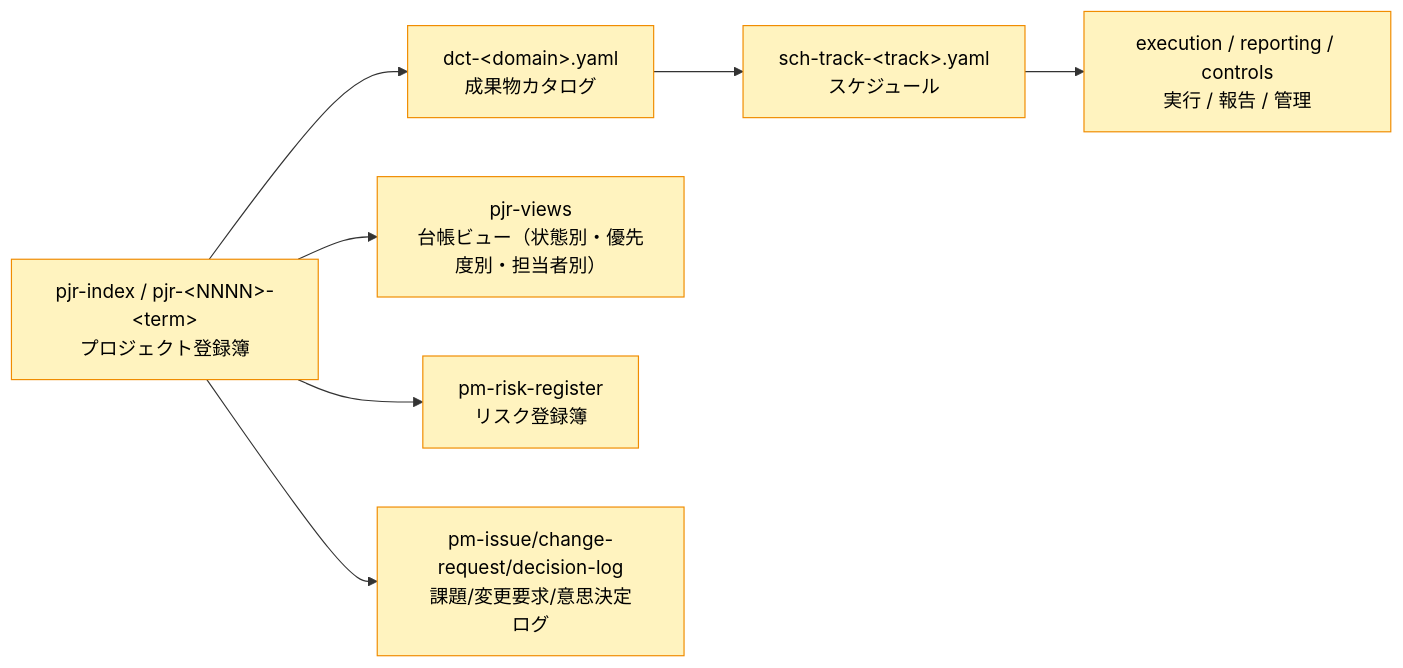
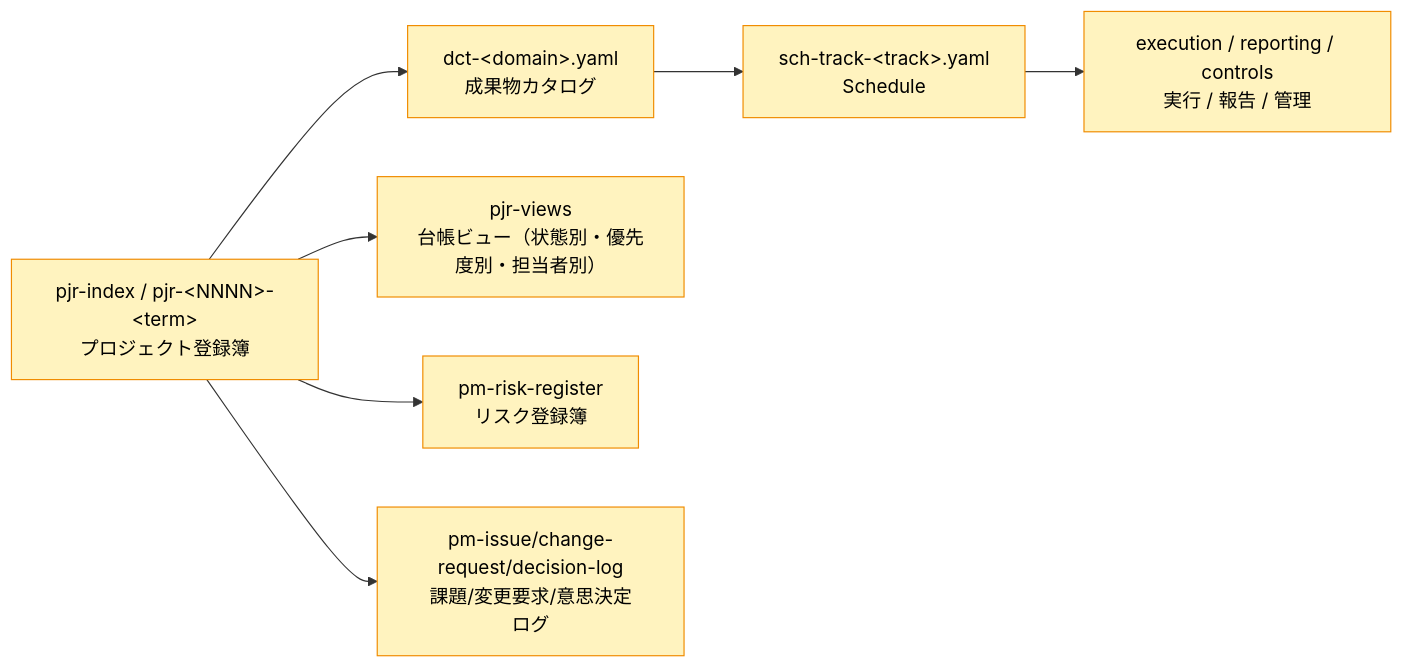
One commit to specdojo/specdojo changed the second of 2 diagrams in docs/ja/specdojo/guides/docs-authoring-order-guide.md. Above: the diagram before and after it, drawn with Mermaid. The commit also changed 12 other files, not shown here.

````diff
--- a/docs/ja/specdojo/guides/docs-authoring-order-guide.md
+++ b/docs/ja/specdojo/guides/docs-authoring-order-guide.md
@@ -160,19 +160,19 @@
 ```mermaid
 flowchart LR
 
   PJR["pjr-index / pjr-&lt;NNNN&gt;-&lt;term&gt;<br/>プロジェクト登録簿"]
   DC["dct-&lt;domain&gt;.yaml<br/>成果物カタログ"]
-  SCH["sch-track-&lt;track&gt;.yaml<br/>スケジュール"]
+  SCH["sch-track-&lt;track&gt;.yaml<br/>Schedule"]
   EXE["execution / reporting / controls<br/>実行 / 報告 / 管理"]
   PV["pjr-views<br/>台帳ビュー（状態別・優先度別・担当者別）"]
   PRR["pm-risk-register<br/>リスク登録簿"]
   PL["pm-issue/change-request/decision-log<br/>課題/変更要求/意思決定<br/>ログ"]
 
   PJR --> DC --> SCH --> EXE
   PJR --> PV
   PJR --> PRR
   PJR --> PL
 
   classDef projectWise fill:#fff3bf,stroke:#f08c00,color:#000;
   class PJR,DC,SCH,EXE,PV,PRR,PL projectWise;
 ```
````
